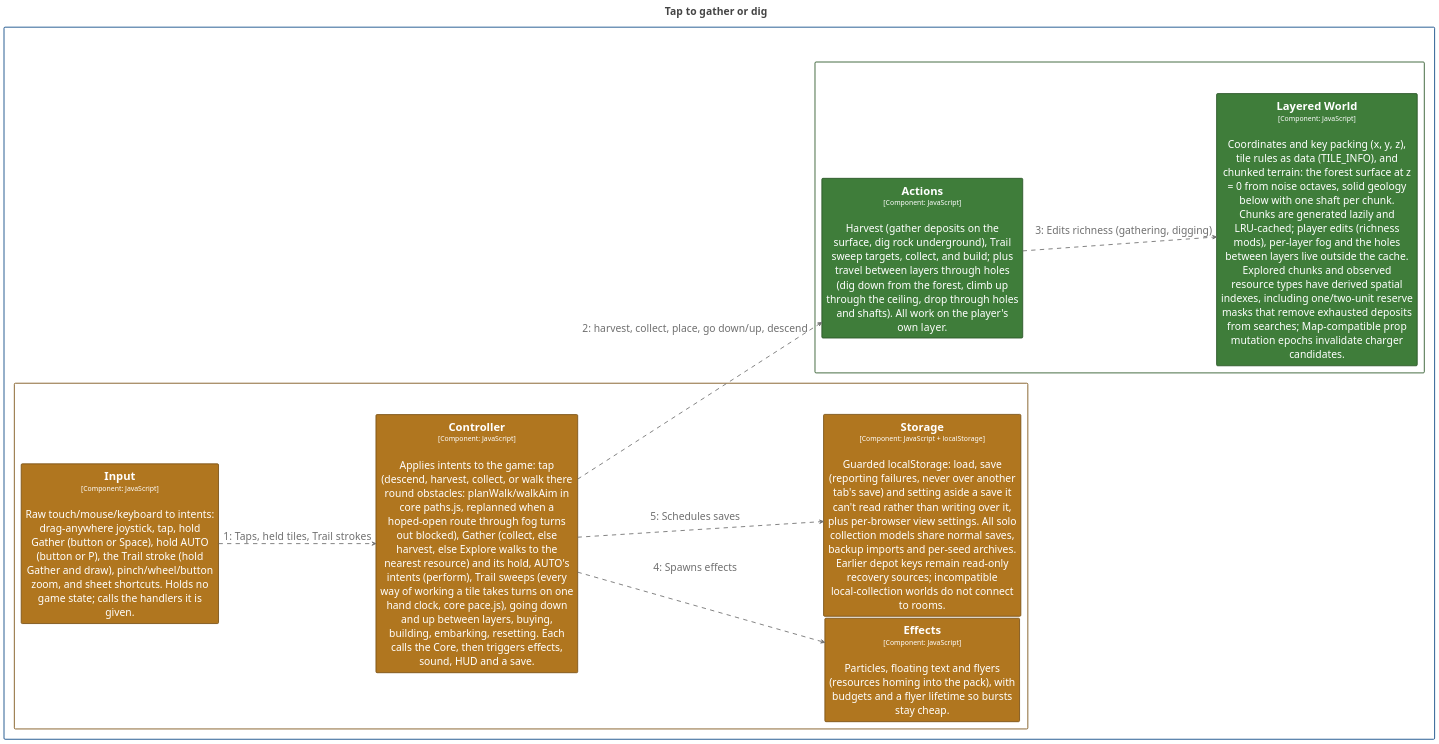
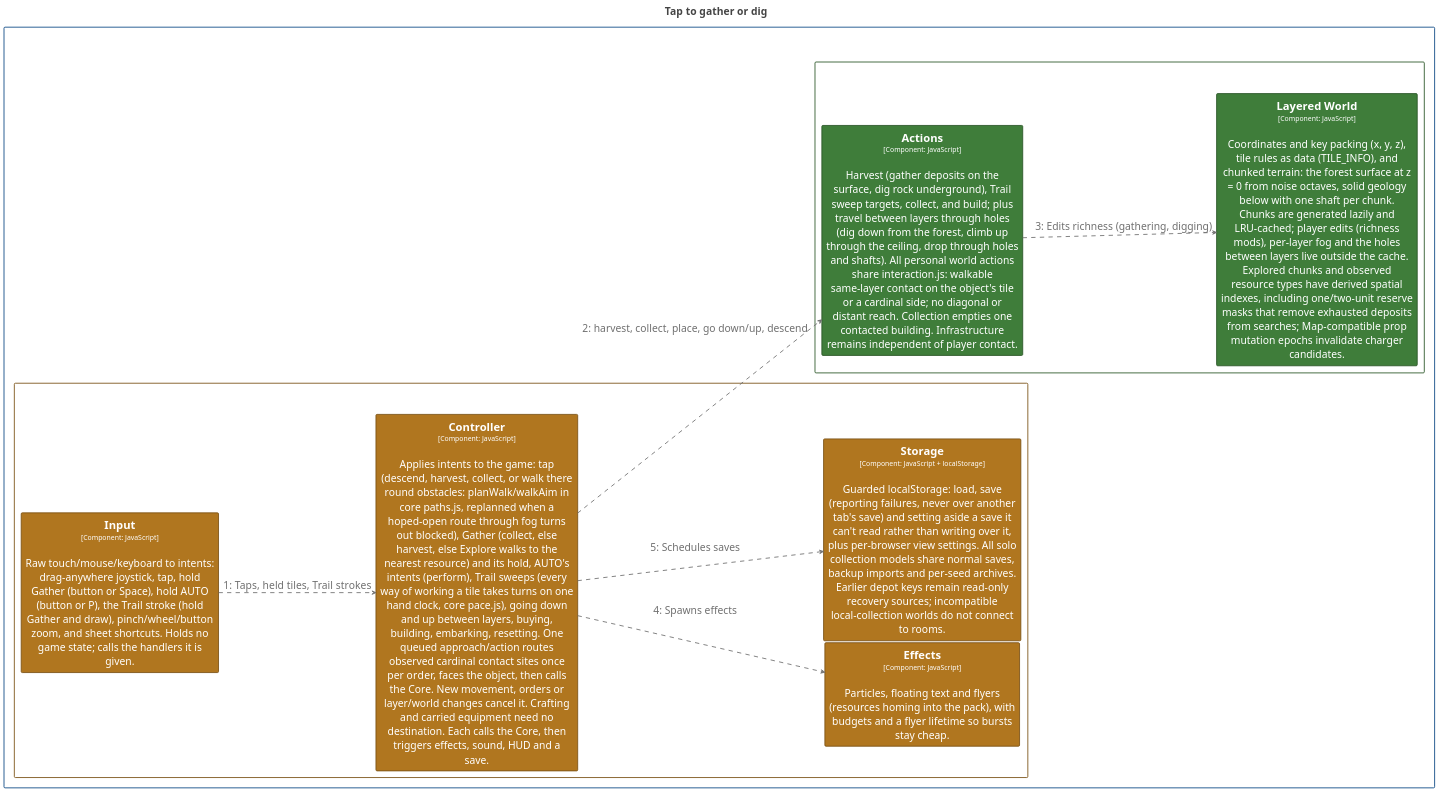
Before and after one commit to bitkojine/more-than-enough: the diagram in structurizr/diagrams/CollectFlow.puml, drawn with PlantUML. The commit also changed 48 other files, not shown here.

Commit message:
Require physical contact and approach before personal world actions

```diff
--- a/structurizr/diagrams/CollectFlow.puml
+++ b/structurizr/diagrams/CollectFlow.puml
@@ -2,104 +2,104 @@
 @startuml
 title <size:24>Tap to gather or dig</size>
 
 set separator none
 left to right direction
 skinparam ranksep 20
 skinparam nodesep 5
 hide stereotype
 
 <style>
   root {
     BackgroundColor: #ffffff;
     FontColor: #444444;
   }
   // Element,Component,Core Engine
   .Element-RWxlbWVudCxDb21wb25lbnQsQ29yZSBFbmdpbmU= {
     BackgroundColor: #3f7d3a;
     LineColor: #2c5728;
     LineStyle: 0;
     LineThickness: 2;
     FontColor: #ffffff;
     FontSize: 24;
     HorizontalAlignment: center;
     Shadowing: 0;
     MaximumWidth: 450;
   }
   // Element,Component,Presentation
   .Element-RWxlbWVudCxDb21wb25lbnQsUHJlc2VudGF0aW9u {
     BackgroundColor: #b0761f;
     LineColor: #7b5215;
     LineStyle: 0;
     LineThickness: 2;
     FontColor: #ffffff;
     FontSize: 24;
     HorizontalAlignment: center;
     Shadowing: 0;
     MaximumWidth: 450;
   }
   // Relationship
   .Relationship-UmVsYXRpb25zaGlw {
     LineThickness: 2;
     LineStyle: 10-10;
     LineColor: #707070;
     FontColor: #707070;
     FontSize: 24;
     MaximumWidth: 200;
   }
   // MORE THAN ENOUGH
   .Boundary-TU9SRSBUSEFOIEVOT1VHSA== {
     BackgroundColor: #ffffff;
     LineColor: #0b4884;
     LineStyle: 0;
     LineThickness: 2;
     FontColor: #ffffff;
     FontSize: 24;
     HorizontalAlignment: center;
     Shadowing: 0;
   }
   // Simulation Core
   .Boundary-U2ltdWxhdGlvbiBDb3Jl {
     BackgroundColor: #ffffff;
     LineColor: #2c5728;
     LineStyle: 0;
     LineThickness: 2;
     FontColor: #ffffff;
     FontSize: 24;
     HorizontalAlignment: center;
     Shadowing: 0;
   }
   // Web Application
   .Boundary-V2ViIEFwcGxpY2F0aW9u {
     BackgroundColor: #ffffff;
     LineColor: #7b5215;
     LineStyle: 0;
     LineThickness: 2;
     FontColor: #ffffff;
     FontSize: 24;
     HorizontalAlignment: center;
     Shadowing: 0;
   }
 </style>
 
 rectangle "MORE THAN ENOUGH\n<size:16>[Software System]</size>" <<Boundary-TU9SRSBUSEFOIEVOT1VHSA==>> {
   rectangle "Simulation Core\n<size:16>[Container: JavaScript modules (browser + Node)]</size>" <<Boundary-U2ltdWxhdGlvbiBDb3Jl>> {
     rectangle "==Layered World\n<size:16>[Component: JavaScript]</size>\n\nCoordinates and key packing (x, y, z), tile rules as data (TILE_INFO), and chunked terrain: the forest surface at z = 0 from noise octaves, solid geology below with one shaft per chunk. Chunks are generated lazily and LRU-cached; player edits (richness mods), per-layer fog and the holes between layers live outside the cache. Explored chunks and observed resource types have derived spatial indexes, including one/two-unit reserve masks that remove exhausted deposits from searches; Map-compatible prop mutation epochs invalidate charger candidates." <<Element-RWxlbWVudCxDb21wb25lbnQsQ29yZSBFbmdpbmU=>> as MORETHANENOUGH.SimulationCore.LayeredWorld
-    rectangle "==Actions\n<size:16>[Component: JavaScript]</size>\n\nHarvest (gather deposits on the surface, dig rock underground), Trail sweep targets, collect, and build; plus travel between layers through holes (dig down from the forest, climb up through the ceiling, drop through holes and shafts). All work on the player's own layer." <<Element-RWxlbWVudCxDb21wb25lbnQsQ29yZSBFbmdpbmU=>> as MORETHANENOUGH.SimulationCore.Actions
+    rectangle "==Actions\n<size:16>[Component: JavaScript]</size>\n\nHarvest (gather deposits on the surface, dig rock underground), Trail sweep targets, collect, and build; plus travel between layers through holes (dig down from the forest, climb up through the ceiling, drop through holes and shafts). All personal world actions share interaction.js: walkable same-layer contact on the object's tile or a cardinal side; no diagonal or distant reach. Collection empties one contacted building. Infrastructure remains independent of player contact." <<Element-RWxlbWVudCxDb21wb25lbnQsQ29yZSBFbmdpbmU=>> as MORETHANENOUGH.SimulationCore.Actions
   }
 
   rectangle "Web Application\n<size:16>[Container: HTML/CSS/JavaScript modules]</size>" <<Boundary-V2ViIEFwcGxpY2F0aW9u>> {
     rectangle "==Effects\n<size:16>[Component: JavaScript]</size>\n\nParticles, floating text and flyers (resources homing into the pack), with budgets and a flyer lifetime so bursts stay cheap." <<Element-RWxlbWVudCxDb21wb25lbnQsUHJlc2VudGF0aW9u>> as MORETHANENOUGH.WebApplication.Effects
     rectangle "==Storage\n<size:16>[Component: JavaScript + localStorage]</size>\n\nGuarded localStorage: load, save (reporting failures, never over another tab's save) and setting aside a save it can't read rather than writing over it, plus per-browser view settings. All solo collection models share normal saves, backup imports and per-seed archives. Earlier depot keys remain read-only recovery sources; incompatible local-collection worlds do not connect to rooms." <<Element-RWxlbWVudCxDb21wb25lbnQsUHJlc2VudGF0aW9u>> as MORETHANENOUGH.WebApplication.Storage
     rectangle "==Input\n<size:16>[Component: JavaScript]</size>\n\nRaw touch/mouse/keyboard to intents: drag-anywhere joystick, tap, hold Gather (button or Space), hold AUTO (button or P), the Trail stroke (hold Gather and draw), pinch/wheel/button zoom, and sheet shortcuts. Holds no game state; calls the handlers it is given." <<Element-RWxlbWVudCxDb21wb25lbnQsUHJlc2VudGF0aW9u>> as MORETHANENOUGH.WebApplication.Input
-    rectangle "==Controller\n<size:16>[Component: JavaScript]</size>\n\nApplies intents to the game: tap (descend, harvest, collect, or walk there round obstacles: planWalk/walkAim in core paths.js, replanned when a hoped-open route through fog turns out blocked), Gather (collect, else harvest, else Explore walks to the nearest resource) and its hold, AUTO's intents (perform), Trail sweeps (every way of working a tile takes turns on one hand clock, core pace.js), going down and up between layers, buying, building, embarking, resetting. Each calls the Core, then triggers effects, sound, HUD and a save." <<Element-RWxlbWVudCxDb21wb25lbnQsUHJlc2VudGF0aW9u>> as MORETHANENOUGH.WebApplication.Controller
+    rectangle "==Controller\n<size:16>[Component: JavaScript]</size>\n\nApplies intents to the game: tap (descend, harvest, collect, or walk there round obstacles: planWalk/walkAim in core paths.js, replanned when a hoped-open route through fog turns out blocked), Gather (collect, else harvest, else Explore walks to the nearest resource) and its hold, AUTO's intents (perform), Trail sweeps (every way of working a tile takes turns on one hand clock, core pace.js), going down and up between layers, buying, building, embarking, resetting. One queued approach/action routes observed cardinal contact sites once per order, faces the object, then calls the Core. New movement, orders or layer/world changes cancel it. Crafting and carried equipment need no destination. Each calls the Core, then triggers effects, sound, HUD and a save." <<Element-RWxlbWVudCxDb21wb25lbnQsUHJlc2VudGF0aW9u>> as MORETHANENOUGH.WebApplication.Controller
   }
 
 }
 
 MORETHANENOUGH.WebApplication.Input --> MORETHANENOUGH.WebApplication.Controller <<Relationship-UmVsYXRpb25zaGlw>> : "1: Taps, held tiles, Trail strokes"
 MORETHANENOUGH.WebApplication.Controller --> MORETHANENOUGH.SimulationCore.Actions <<Relationship-UmVsYXRpb25zaGlw>> : "2: harvest, collect, place, go down/up, descend"
 MORETHANENOUGH.SimulationCore.Actions --> MORETHANENOUGH.SimulationCore.LayeredWorld <<Relationship-UmVsYXRpb25zaGlw>> : "3: Edits richness (gathering, digging)"
 MORETHANENOUGH.WebApplication.Controller --> MORETHANENOUGH.WebApplication.Effects <<Relationship-UmVsYXRpb25zaGlw>> : "4: Spawns effects"
 MORETHANENOUGH.WebApplication.Controller --> MORETHANENOUGH.WebApplication.Storage <<Relationship-UmVsYXRpb25zaGlw>> : "5: Schedules saves"
 
 @enduml
```
